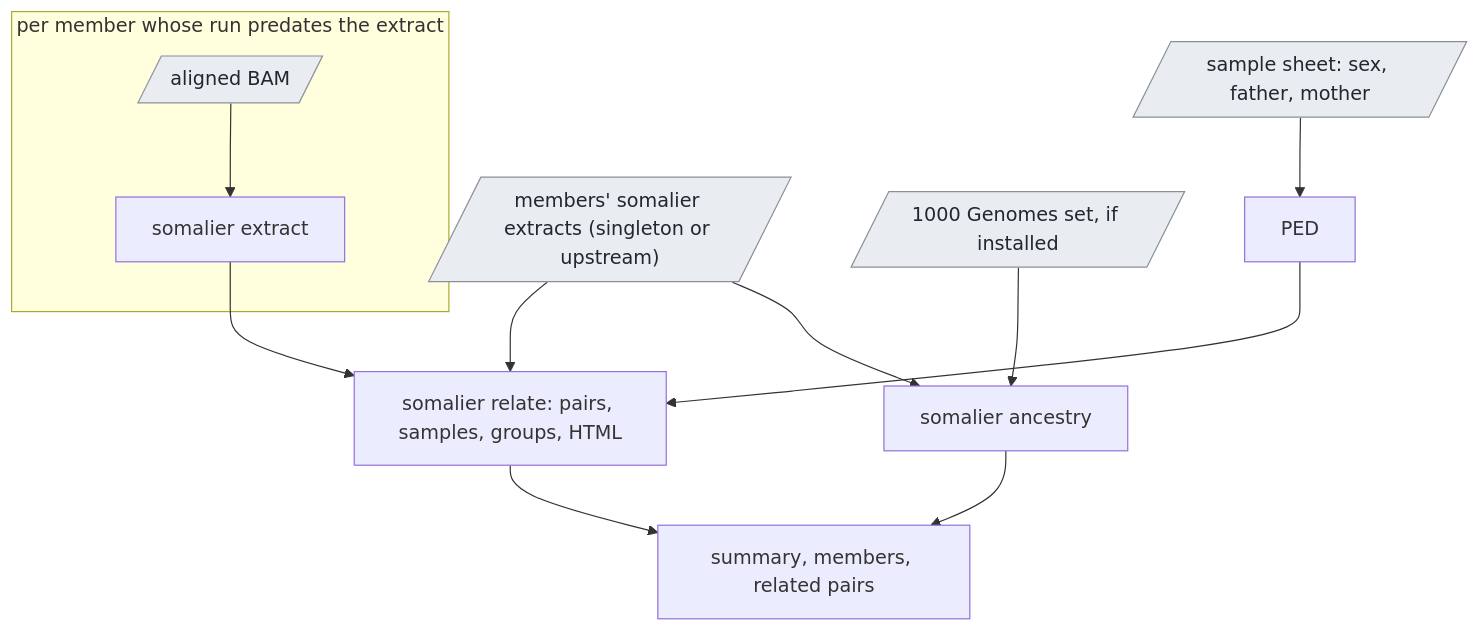
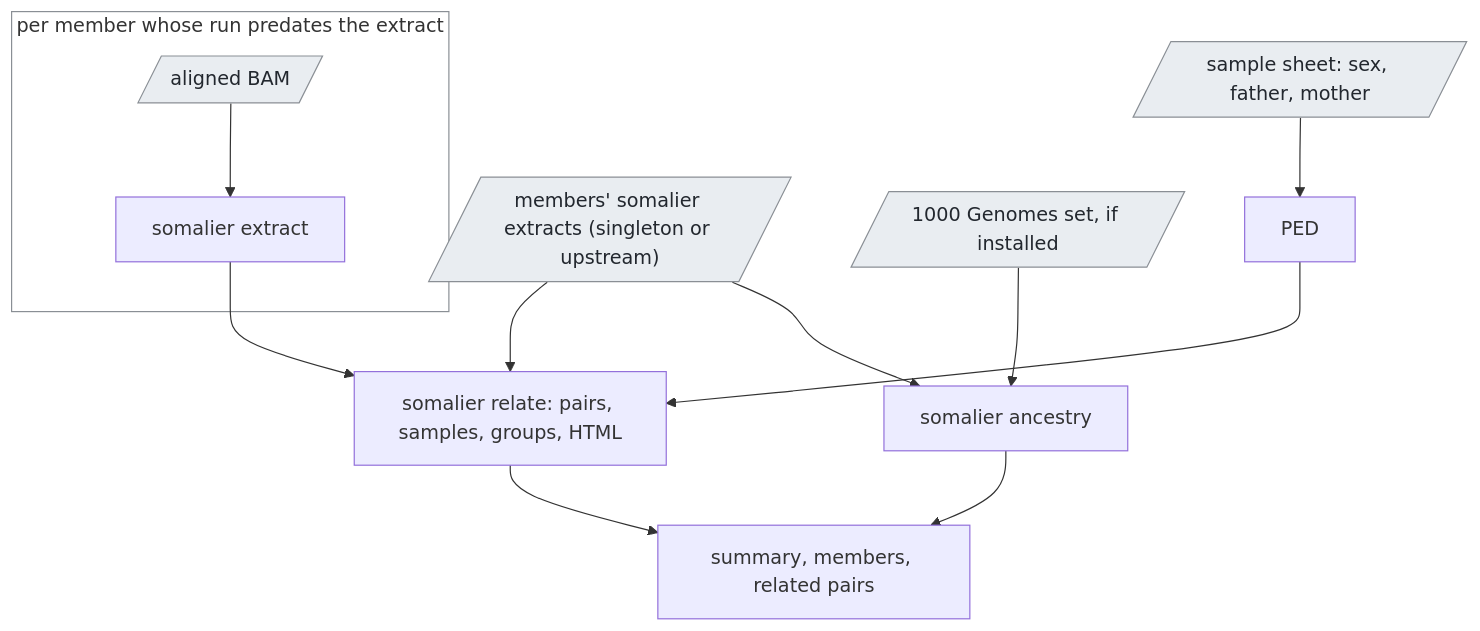
Before and after one commit to UppsalaGenomeCenter/ugc-wgw: the diagram in docs/guide/stages/cohort_qc.md, drawn with Mermaid. The commit also changed 19 other files, not shown here.

````diff
--- a/docs/guide/stages/cohort_qc.md
+++ b/docs/guide/stages/cohort_qc.md
@@ -19,13 +19,15 @@
 ```mermaid
 flowchart TD
   ex[/"members' somalier extracts (singleton or upstream)"/]:::data --> rel
   subgraph legacy["per member whose run predates the extract"]
     bam[/"aligned BAM"/]:::data --> extract["somalier extract"]
   end
   extract --> rel
   sheet[/"sample sheet: sex, father, mother"/]:::data --> ped["PED"] --> rel["somalier relate: pairs, samples, groups, HTML"]
   rel --> summ["summary, members, related pairs"]
   kg[/"1000 Genomes set, if installed"/]:::data --> anc["somalier ancestry"] --> summ
   ex --> anc
   classDef data fill:#e9edf1,stroke:#8a8f95,color:#22272e
+  classDef box fill:none,stroke:#8a8f95
+  class legacy box
 ```
````
